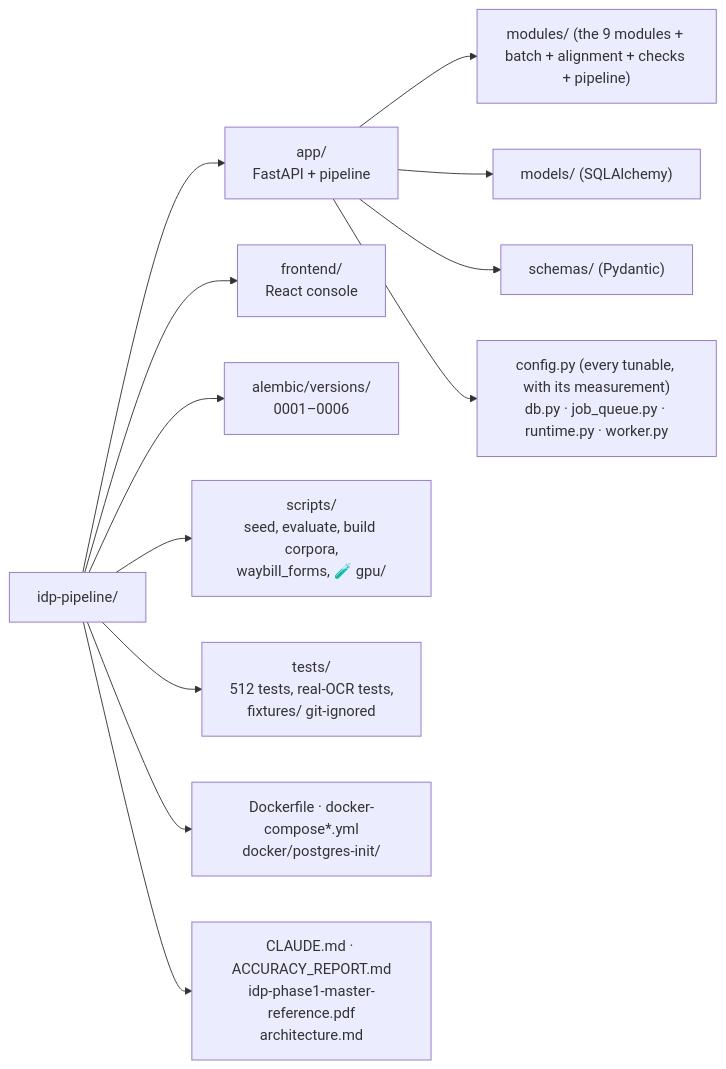
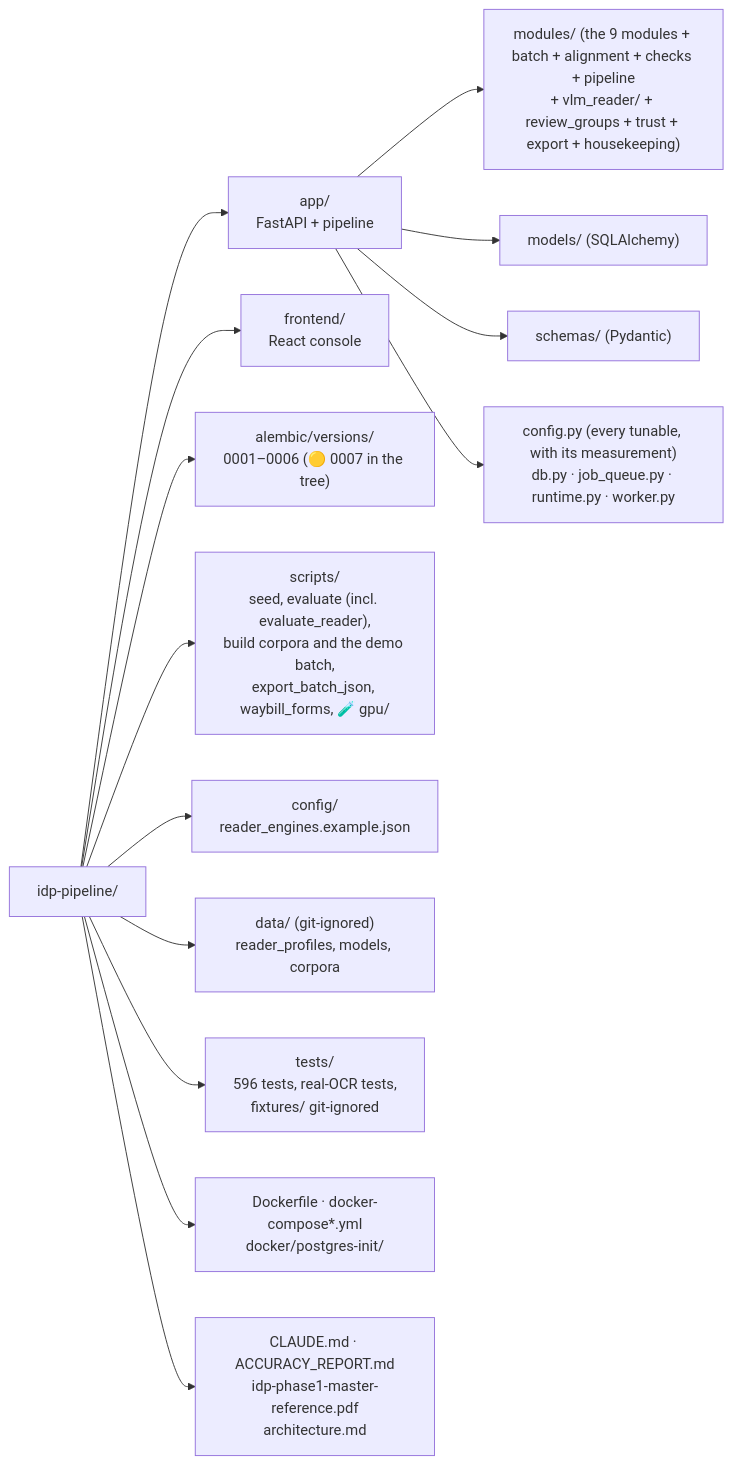
Diagram 22 of 25 in architecture.md (Megh-1/OCR_Reader), drawn with Mermaid before and after one commit. The commit also changed other lines of this file and 3 other files, not shown here.

First line of the commit message:
Bring architecture docs up to date: vision reader, reader engines, measured results, and an HTML generator

````diff
--- a/architecture.md
+++ b/architecture.md
@@ -892,14 +1119,16 @@
 ```mermaid
 flowchart LR
     root["idp-pipeline/"] --> app["app/<br/>FastAPI + pipeline"]
     root --> fe["frontend/<br/>React console"]
-    root --> alembic["alembic/versions/<br/>0001–0006"]
-    root --> scripts["scripts/<br/>seed, evaluate, build corpora,<br/>waybill_forms, 🧪 gpu/"]
-    root --> tests["tests/<br/>512 tests, real-OCR tests,<br/>fixtures/ git-ignored"]
+    root --> alembic["alembic/versions/<br/>0001–0006 (🟡 0007 in the tree)"]
+    root --> scripts["scripts/<br/>seed, evaluate (incl. evaluate_reader),<br/>build corpora and the demo batch,<br/>export_batch_json, waybill_forms, 🧪 gpu/"]
+    root --> config["config/<br/>reader_engines.example.json"]
+    root --> data["data/ (git-ignored)<br/>reader_profiles, models, corpora"]
+    root --> tests["tests/<br/>596 tests, real-OCR tests,<br/>fixtures/ git-ignored"]
     root --> docker["Dockerfile · docker-compose*.yml<br/>docker/postgres-init/"]
     root --> docs["CLAUDE.md · ACCURACY_REPORT.md<br/>idp-phase1-master-reference.pdf<br/>architecture.md"]
-    app --> modules["modules/ (the 9 modules + batch + alignment + checks + pipeline)"]
+    app --> modules["modules/ (the 9 modules + batch + alignment + checks + pipeline<br/>+ vlm_reader/ + review_groups + trust + export + housekeeping)"]
     app --> models["models/ (SQLAlchemy)"]
     app --> schemas["schemas/ (Pydantic)"]
     app --> cfg["config.py (every tunable, with its measurement)<br/>db.py · job_queue.py · runtime.py · worker.py"]
 ```
````
